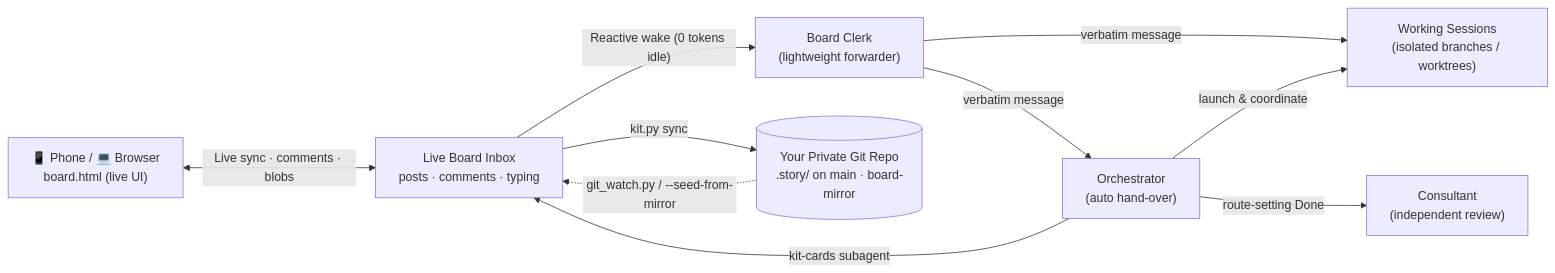
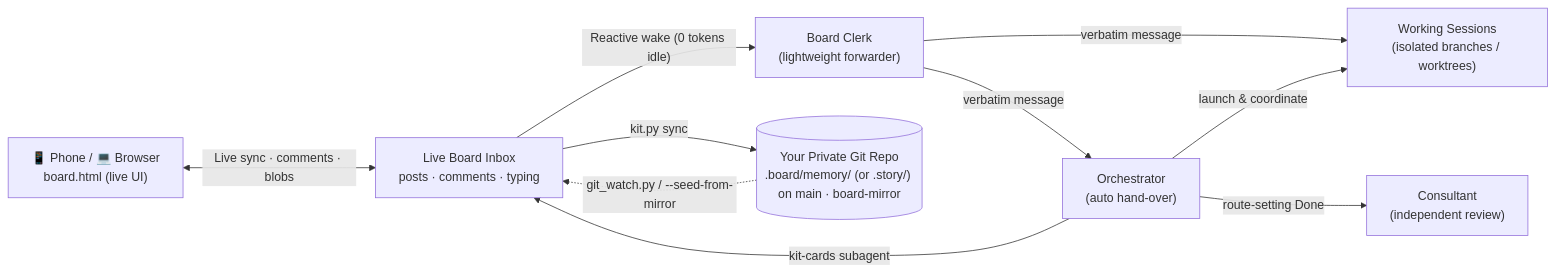
Before and after one commit to anlonlt/board: the diagram in README.md, drawn with Mermaid. The commit also changed other lines of this file and 1 other file, not shown here.

Commit message:
docs: align README and install.py docstring with .board/memory/ default (keeping .story/ when present)

````diff
--- a/README.md
+++ b/README.md
@@ -81,12 +81,12 @@
 ```mermaid
 flowchart LR
     UI["📱 Phone / 💻 Browser<br/>board.html (live UI)"] <-->|"Live sync · comments · blobs"| Inbox["Live Board Inbox<br/>posts · comments · typing"]
     Inbox -->|"Reactive wake (0 tokens idle)"| Clerk["Board Clerk<br/>(lightweight forwarder)"]
     Clerk -->|"verbatim message"| Orch["Orchestrator<br/>(auto hand-over)"]
     Clerk -->|"verbatim message"| Parts["Working Sessions<br/>(isolated branches / worktrees)"]
     Orch -->|"launch & coordinate"| Parts
     Orch -->|"kit-cards subagent"| Inbox
     Orch -->|"route-setting Done"| Cons["Consultant<br/>(independent review)"]
-    Inbox -->|"kit.py sync"| Git[("Your Private Git Repo<br/>.story/ on main · board-mirror")]
+    Inbox -->|"kit.py sync"| Git[("Your Private Git Repo<br/>.board/memory/ (or .story/) on main · board-mirror")]
     Git -.->|"git_watch.py / --seed-from-mirror"| Inbox
 ```
````
